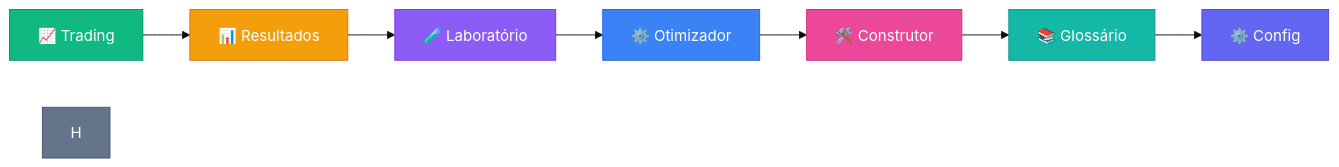
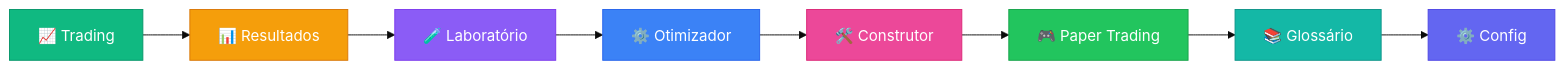
The diagram in README.md (Iquitim/Gastor), drawn with Mermaid (base theme) before and after one commit. The commit also changed other lines of this file and 11 other files, not shown here.

First line of the commit message:
feat: Add Paper Trading with live Binance prices

````diff
--- a/README.md
+++ b/README.md
@@ -125,18 +125,19 @@
 ```mermaid
 graph LR
     A["📈 Trading"] --> B["📊 Resultados"]
     B --> C["🧪 Laboratório"]
     C --> D["⚙️ Otimizador"]
     D --> E["🛠️ Construtor"]
-    E --> F["📚 Glossário"]
-    F --> G["⚙️ Config"]
+    E --> F["🎮 Paper Trading"]
+    F --> G["📚 Glossário"]
+    G --> H["⚙️ Config"]
     
     style A fill:#10b981,stroke:#059669,color:#fff
     style B fill:#f59e0b,stroke:#d97706,color:#fff
     style C fill:#8b5cf6,stroke:#7c3aed,color:#fff
     style D fill:#3b82f6,stroke:#2563eb,color:#fff
     style E fill:#ec4899,stroke:#db2777,color:#fff
-    style F fill:#14b8a6,stroke:#0d9488,color:#fff
-    style G fill:#6366f1,stroke:#4f46e5,color:#fff
-    style H fill:#64748b,stroke:#475569,color:#fff
+    style F fill:#22c55e,stroke:#16a34a,color:#fff
+    style G fill:#14b8a6,stroke:#0d9488,color:#fff
+    style H fill:#6366f1,stroke:#4f46e5,color:#fff
 ```
````
